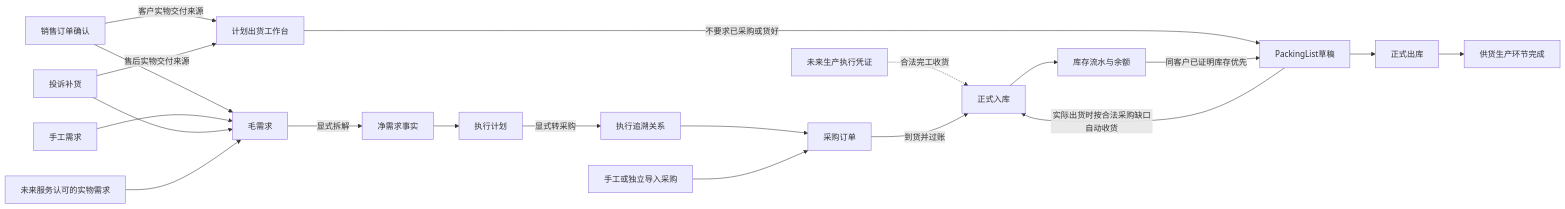
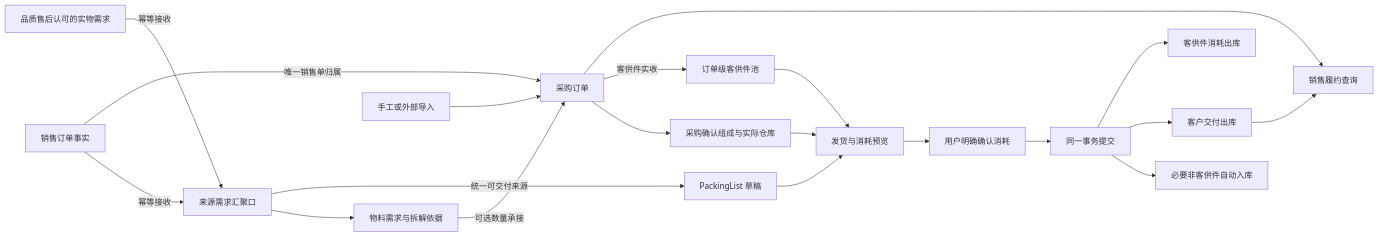
One commit to yanwei175/SwiftExport changed the diagram in .agents/references/ERP业务流程导航图.md. Above: the diagram before and after it, drawn with Mermaid. The commit also changed other lines of this file and 99 other files, not shown here.

````diff
--- a/.agents/references/ERP业务流程导航图.md
+++ b/.agents/references/ERP业务流程导航图.md
@@ -24,23 +7,22 @@
 ```mermaid
 flowchart LR
-    SO[销售订单确认] --> GD[毛需求]
-    MD[手工需求] --> GD
-    CR[投诉补货] --> GD
-    SR[未来服务认可的实物需求] --> GD
-
-    GD -->|显式拆解| ND[净需求事实]
-    ND --> AL[执行计划]
-    AL -->|显式转采购| DL[执行追溯关系]
-    DL --> PO[采购订单]
-    MP[手工或独立导入采购] --> PO
-    WO[未来生产执行凭证] -.合法完工收货.-> IN
-    PO -->|到货并过账| IN[正式入库]
-    IN --> INV[库存流水与余额]
-    SO -->|客户实物交付来源| PLAN[计划出货工作台]
-    CR -->|售后实物交付来源| PLAN
-    PLAN -->|不要求已采购或货好| PL[PackingList草稿]
-    INV -->|同客户已证明库存优先| PL
-    PL -->|实际出货时按合法采购缺口自动收货| IN
-    PL --> OUT[正式出库]
-    OUT --> DONE[供货生产环节完成]
+    SO[销售订单事实] -->|幂等接收| GD[来源需求汇聚口]
+    QA[品质售后认可的实物需求] -->|幂等接收| GD
+    GD --> ND[物料需求与拆解依据]
+    ND -->|可选数量承接| PO[采购订单]
+    IMP[手工或外部导入] --> PO
+    SO -->|唯一销售单归属| PO
+    PO --> BASIS[采购确认组成与实际仓库]
+    PO -->|客供件实收| POOL[订单级客供件池]
+    GD -->|统一可交付来源| PL[PackingList 草稿]
+    BASIS --> PRE[发货与消耗预览]
+    POOL --> PRE
+    PL --> PRE
+    PRE --> ACK[用户明确确认消耗]
+    ACK --> TX[同一事务提交]
+    TX --> IN[必要非客供件自动入库]
+    TX --> OUT[客户交付出库]
+    TX --> USE[客供件消耗出库]
+    OUT --> Q[销售履约查询]
+    PO --> Q
 ```
````
